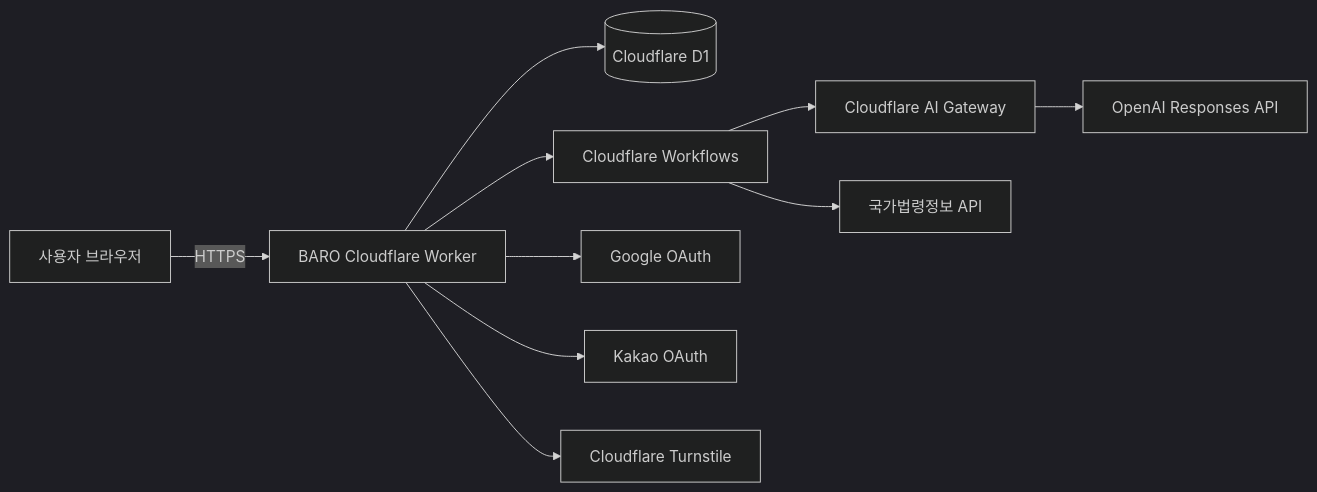
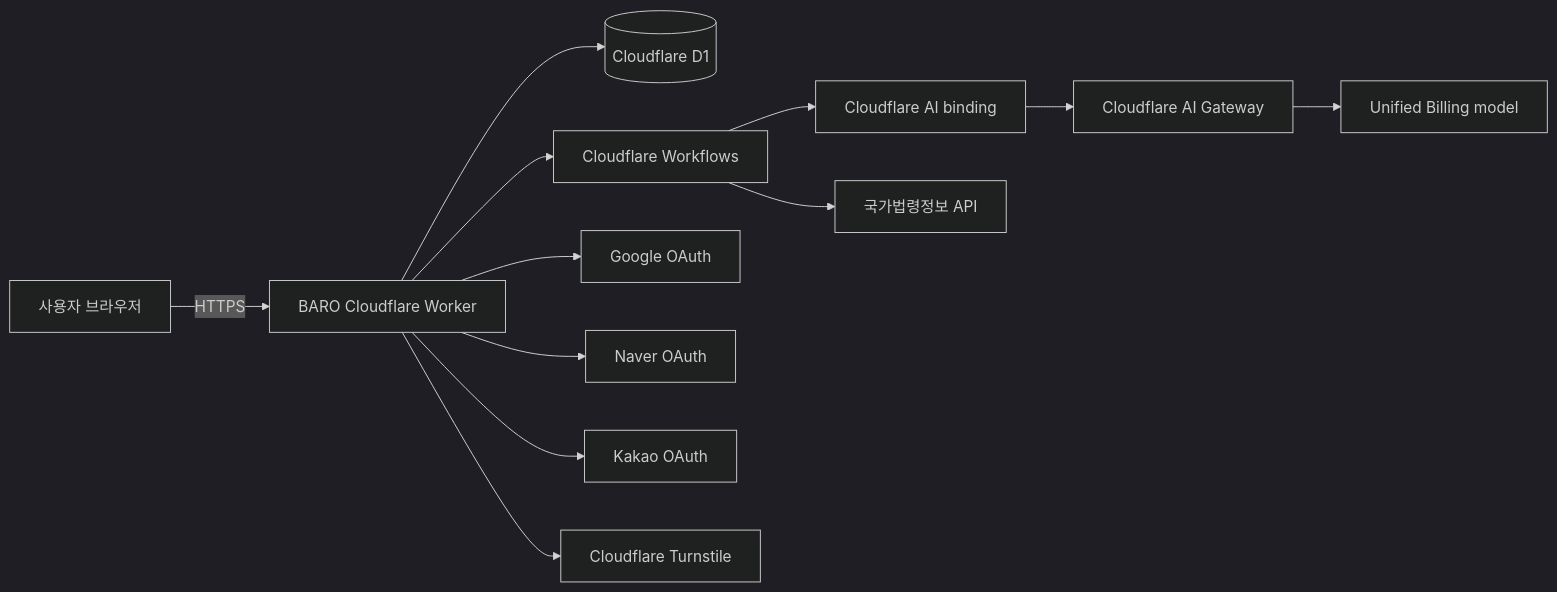
One commit to creno-va/baro changed the diagram in docs/architecture/SYSTEM.md. Above: the diagram before and after it, drawn with Mermaid (dark theme). The commit also changed other lines of this file and 19 other files, not shown here.

Commit message:
docs: align oauth and ai gateway decisions

````diff
--- a/docs/architecture/SYSTEM.md
+++ b/docs/architecture/SYSTEM.md
@@ -8,12 +8,14 @@
 ```mermaid
 flowchart LR
   U[사용자 브라우저] -->|HTTPS| W[BARO Cloudflare Worker]
   W --> D1[(Cloudflare D1)]
   W --> WF[Cloudflare Workflows]
-  WF --> GW[Cloudflare AI Gateway]
-  GW --> OA[OpenAI Responses API]
+  WF --> AI[Cloudflare AI binding]
+  AI --> GW[Cloudflare AI Gateway]
+  GW --> UB[Unified Billing model]
   WF --> LAW[국가법령정보 API]
   W --> G[Google OAuth]
+  W --> N[Naver OAuth]
   W --> K[Kakao OAuth]
   W --> TS[Cloudflare Turnstile]
 ```
````
